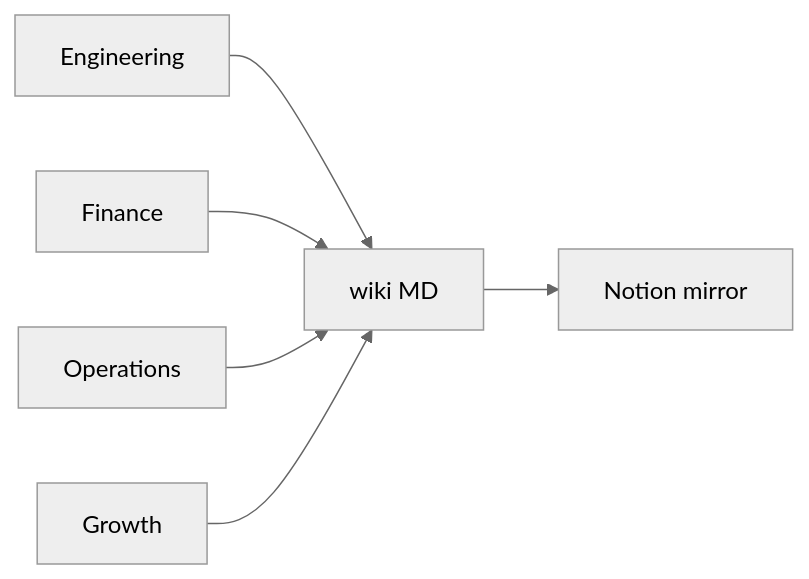
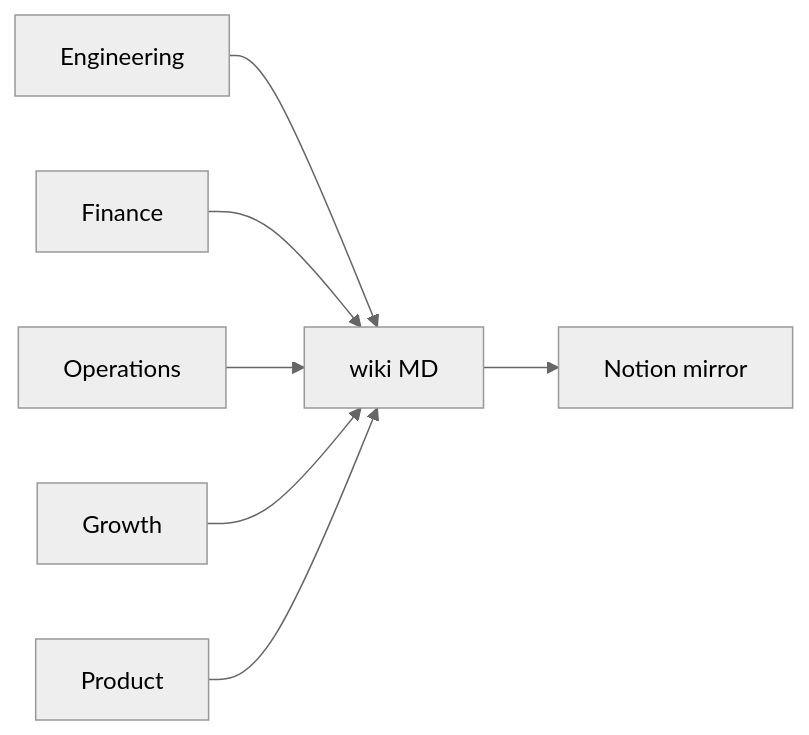
The diagram in docs/agents/README.md (NickyHeC/4r7a), drawn with Mermaid (neutral theme) before and after one commit. The commit also changed other lines of this file and 33 other files, not shown here.

````diff
--- a/docs/agents/README.md
+++ b/docs/agents/README.md
@@ -7,8 +7,9 @@
 ```mermaid
 flowchart LR
   ENG[Engineering] --> WIKI[wiki MD]
   FIN[Finance] --> WIKI
   OPS[Operations] --> WIKI
   GRO[Growth] --> WIKI
+  PRO[Product] --> WIKI
   WIKI --> Notion[Notion mirror]
 ```
````
